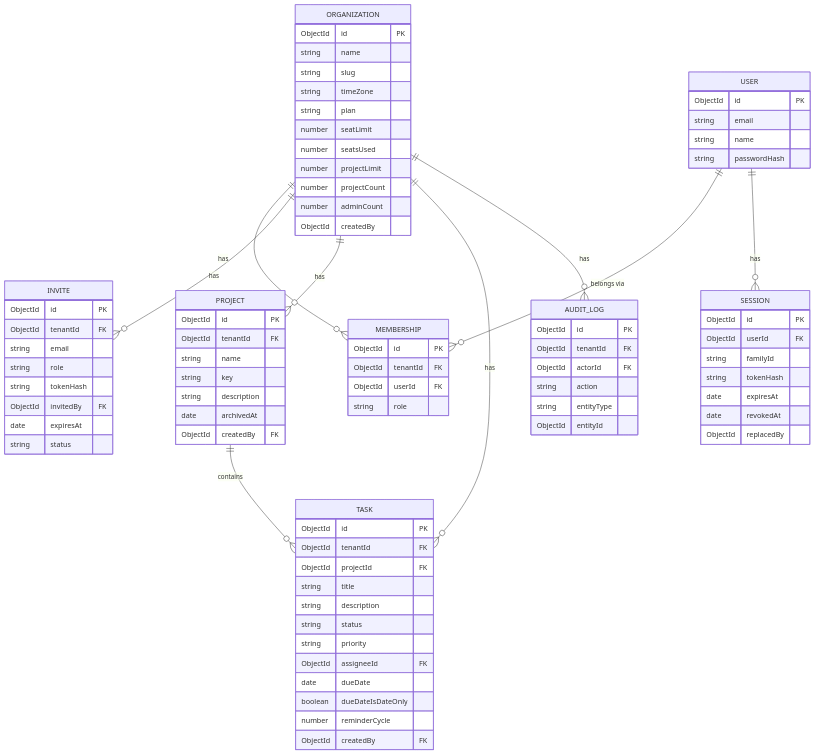
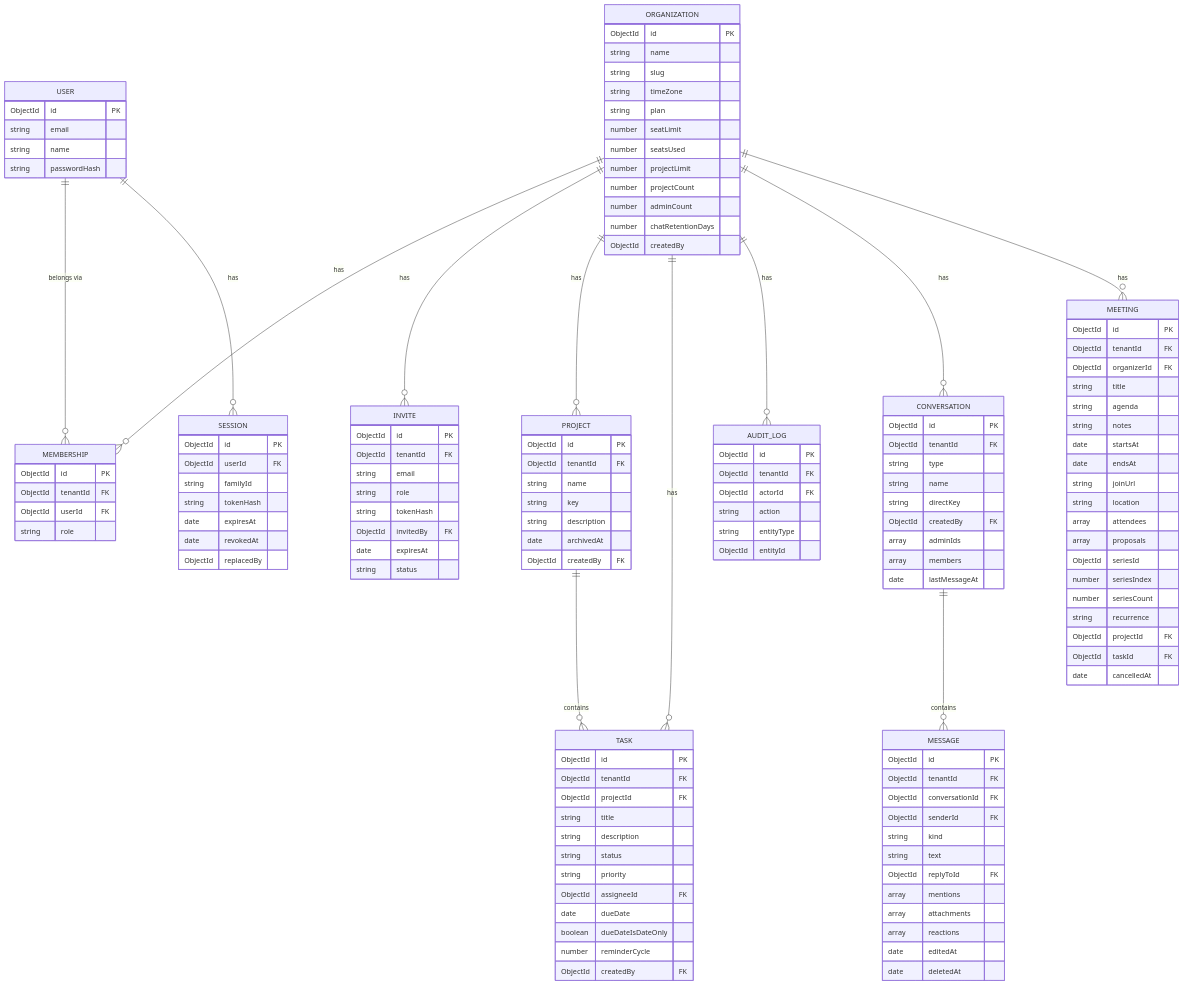
The diagram in docs/data-model.mmd (sprahasingh/WorkNest), drawn with Mermaid before and after one commit. The commit also changed 91 other files, not shown here.

```diff
--- a/docs/data-model.mmd
+++ b/docs/data-model.mmd
@@ -1,85 +1,135 @@
 erDiagram
     ORGANIZATION ||--o{ MEMBERSHIP : "has"
     ORGANIZATION ||--o{ INVITE : "has"
     ORGANIZATION ||--o{ PROJECT : "has"
     ORGANIZATION ||--o{ TASK : "has"
     ORGANIZATION ||--o{ AUDIT_LOG : "has"
     USER ||--o{ MEMBERSHIP : "belongs via"
     USER ||--o{ SESSION : "has"
     PROJECT ||--o{ TASK : "contains"
+    ORGANIZATION ||--o{ CONVERSATION : "has"
+    CONVERSATION ||--o{ MESSAGE : "contains"
+    ORGANIZATION ||--o{ MEETING : "has"
 
     ORGANIZATION {
         ObjectId id PK
         string name
         string slug
         string timeZone
         string plan
         number seatLimit
         number seatsUsed
         number projectLimit
         number projectCount
         number adminCount
+        number chatRetentionDays
         ObjectId createdBy
     }
     USER {
         ObjectId id PK
         string email
         string name
         string passwordHash
     }
     SESSION {
         ObjectId id PK
         ObjectId userId FK
         string familyId
         string tokenHash
         date expiresAt
         date revokedAt
         ObjectId replacedBy
     }
     MEMBERSHIP {
         ObjectId id PK
         ObjectId tenantId FK
         ObjectId userId FK
         string role
     }
     INVITE {
         ObjectId id PK
         ObjectId tenantId FK
         string email
         string role
         string tokenHash
         ObjectId invitedBy FK
         date expiresAt
         string status
     }
     PROJECT {
         ObjectId id PK
         ObjectId tenantId FK
         string name
         string key
         string description
         date archivedAt
         ObjectId createdBy FK
     }
     TASK {
         ObjectId id PK
         ObjectId tenantId FK
         ObjectId projectId FK
         string title
         string description
         string status
         string priority
         ObjectId assigneeId FK
         date dueDate
         boolean dueDateIsDateOnly
         number reminderCycle
         ObjectId createdBy FK
     }
     AUDIT_LOG {
         ObjectId id PK
         ObjectId tenantId FK
         ObjectId actorId FK
         string action
         string entityType
         ObjectId entityId
     }
+    CONVERSATION {
+        ObjectId id PK
+        ObjectId tenantId FK
+        string type
+        string name
+        string directKey
+        ObjectId createdBy FK
+        array adminIds
+        array members
+        date lastMessageAt
+    }
+    MESSAGE {
+        ObjectId id PK
+        ObjectId tenantId FK
+        ObjectId conversationId FK
+        ObjectId senderId FK
+        string kind
+        string text
+        ObjectId replyToId FK
+        array mentions
+        array attachments
+        array reactions
+        date editedAt
+        date deletedAt
+    }
+    MEETING {
+        ObjectId id PK
+        ObjectId tenantId FK
+        ObjectId organizerId FK
+        string title
+        string agenda
+        string notes
+        date startsAt
+        date endsAt
+        string joinUrl
+        string location
+        array attendees
+        array proposals
+        ObjectId seriesId
+        number seriesIndex
+        number seriesCount
+        string recurrence
+        ObjectId projectId FK
+        ObjectId taskId FK
+        date cancelledAt
+    }
```
